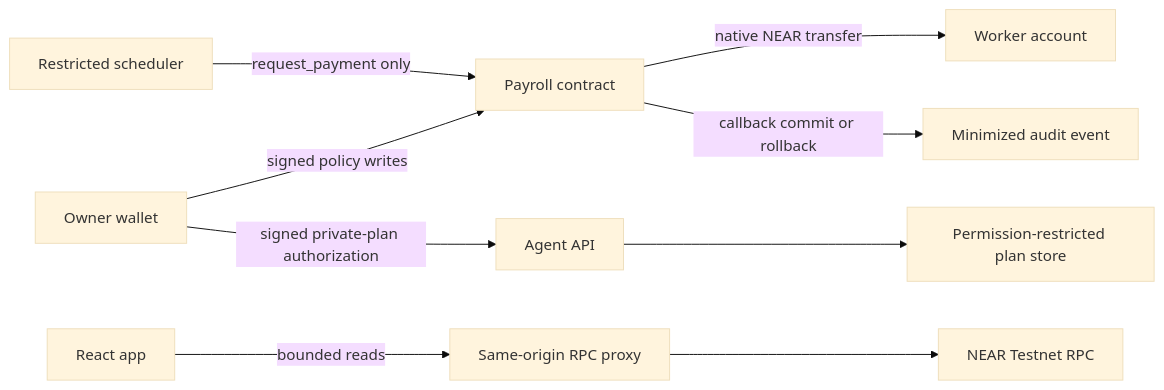
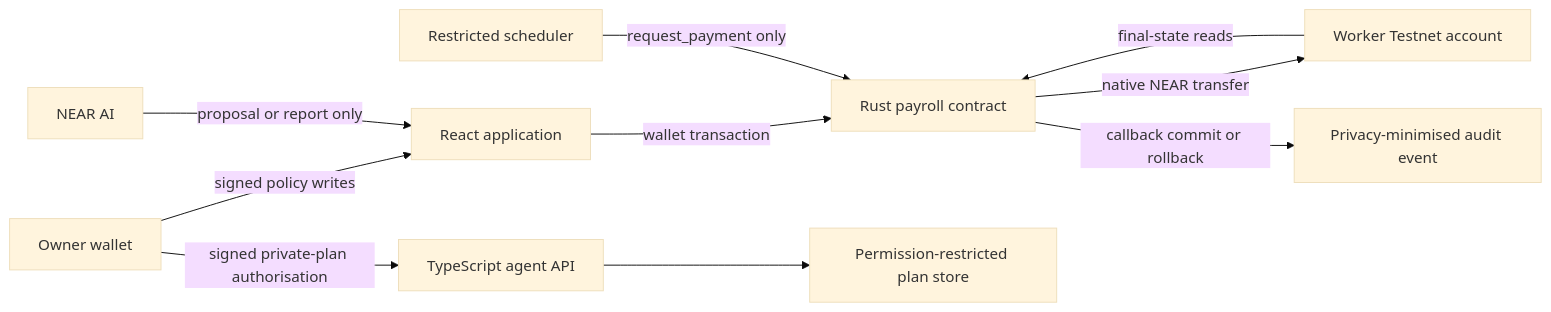
Before and after one commit to arinze116/Clavis: the diagram in README.md, drawn with Mermaid (base theme). The commit also changed other lines of this file and 17 other files, not shown here.

````diff
--- a/README.md
+++ b/README.md
@@ -68,11 +115,12 @@
 ```mermaid
 flowchart LR
-    Owner[Owner wallet] -->|signed policy writes| Contract[Payroll contract]
-    Owner -->|signed private-plan authorization| PrivateAPI[Agent API]
-    PrivateAPI --> Store[Permission-restricted plan store]
+    Owner[Owner wallet] -->|signed policy writes| UI[React application]
+    Owner -->|signed private-plan authorisation| API[TypeScript agent API]
+    UI -->|wallet transaction| Contract[Rust payroll contract]
+    API --> Store[Permission-restricted plan store]
+    AI[NEAR AI] -->|proposal or report only| UI
     Agent[Restricted scheduler] -->|request_payment only| Contract
-    Contract -->|native NEAR transfer| Worker[Worker account]
-    Contract -->|callback commit or rollback| Audit[Minimized audit event]
-    Browser[React app] -->|bounded reads| RPCProxy[Same-origin RPC proxy]
-    RPCProxy --> RPC[NEAR Testnet RPC]
+    Contract -->|native NEAR transfer| Worker[Worker Testnet account]
+    Contract -->|callback commit or rollback| Audit[Privacy-minimised audit event]
+    Worker -->|final-state reads| Contract
 ```
````
